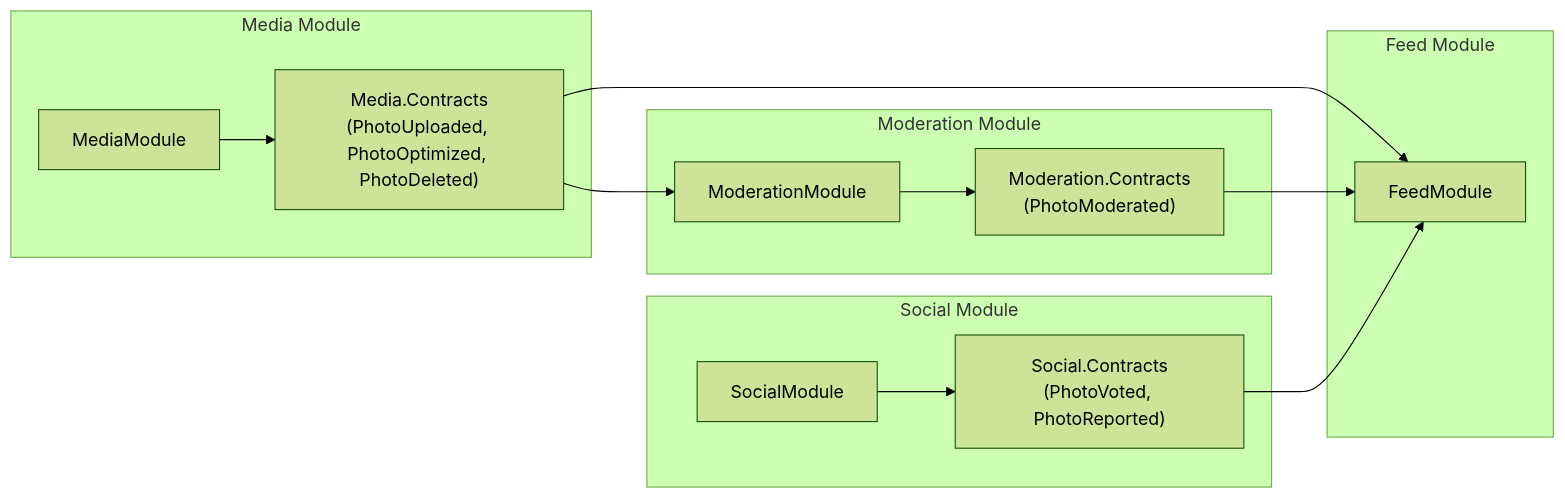
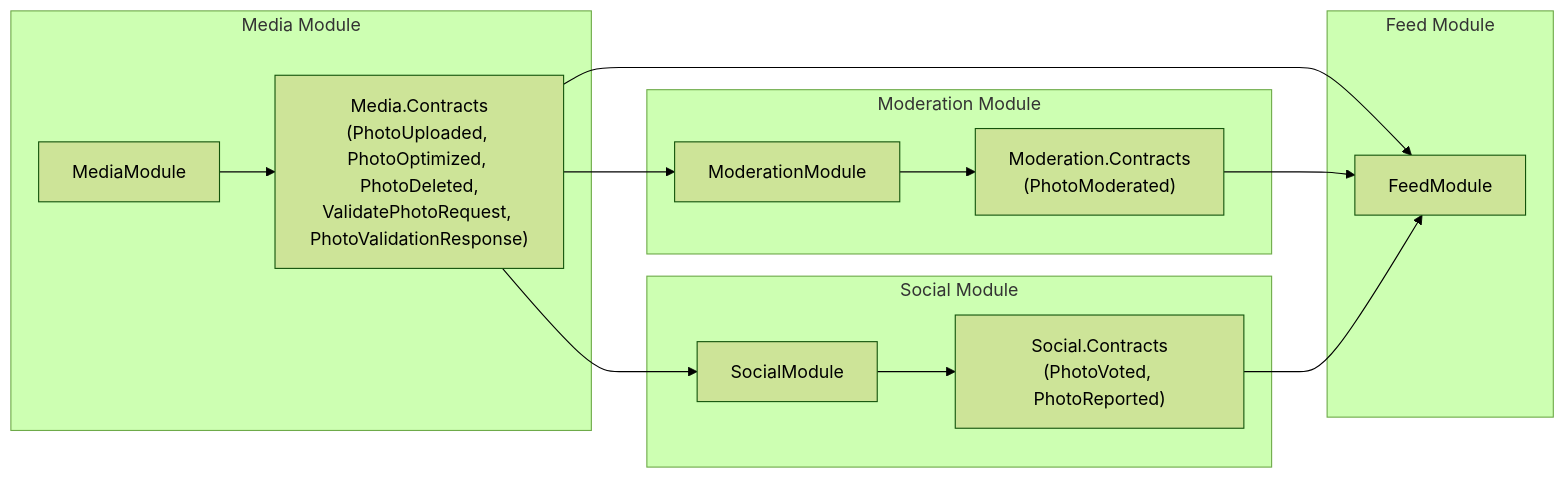
The first of 5 diagrams in README.md (makafanpeter/vivid-imagination), drawn with Mermaid (forest theme) before and after one commit. The commit also changed other lines of this file and 3 other files, not shown here.

Commit message:
feat(docs): update documentation to reflect changes in unit test counts and architectural details

````diff
--- a/README.md
+++ b/README.md
@@ -56,21 +59,22 @@
 ```mermaid
 graph LR
     subgraph "Media Module"
-        MediaImpl["MediaModule"] --> MediaContracts["Media.Contracts<br/>(PhotoUploaded, PhotoOptimized, PhotoDeleted)"]
+        MediaImpl["MediaModule"] --> MediaContracts["Media.Contracts<br/>(PhotoUploaded, PhotoOptimized, PhotoDeleted,<br/>ValidatePhotoRequest, PhotoValidationResponse)"]
     end
 
     subgraph "Moderation Module"
         MediaContracts --> ModImpl["ModerationModule"]
         ModImpl --> ModContracts["Moderation.Contracts<br/>(PhotoModerated)"]
     end
 
     subgraph "Social Module"
-        SocialImpl["SocialModule"] --> SocialContracts["Social.Contracts<br/>(PhotoVoted, PhotoReported)"]
+        MediaContracts --> SocialImpl["SocialModule"]
+        SocialImpl --> SocialContracts["Social.Contracts<br/>(PhotoVoted, PhotoReported)"]
     end
 
     subgraph "Feed Module"
         MediaContracts --> FeedImpl["FeedModule"]
         ModContracts --> FeedImpl
         SocialContracts --> FeedImpl
     end
 ```
````
